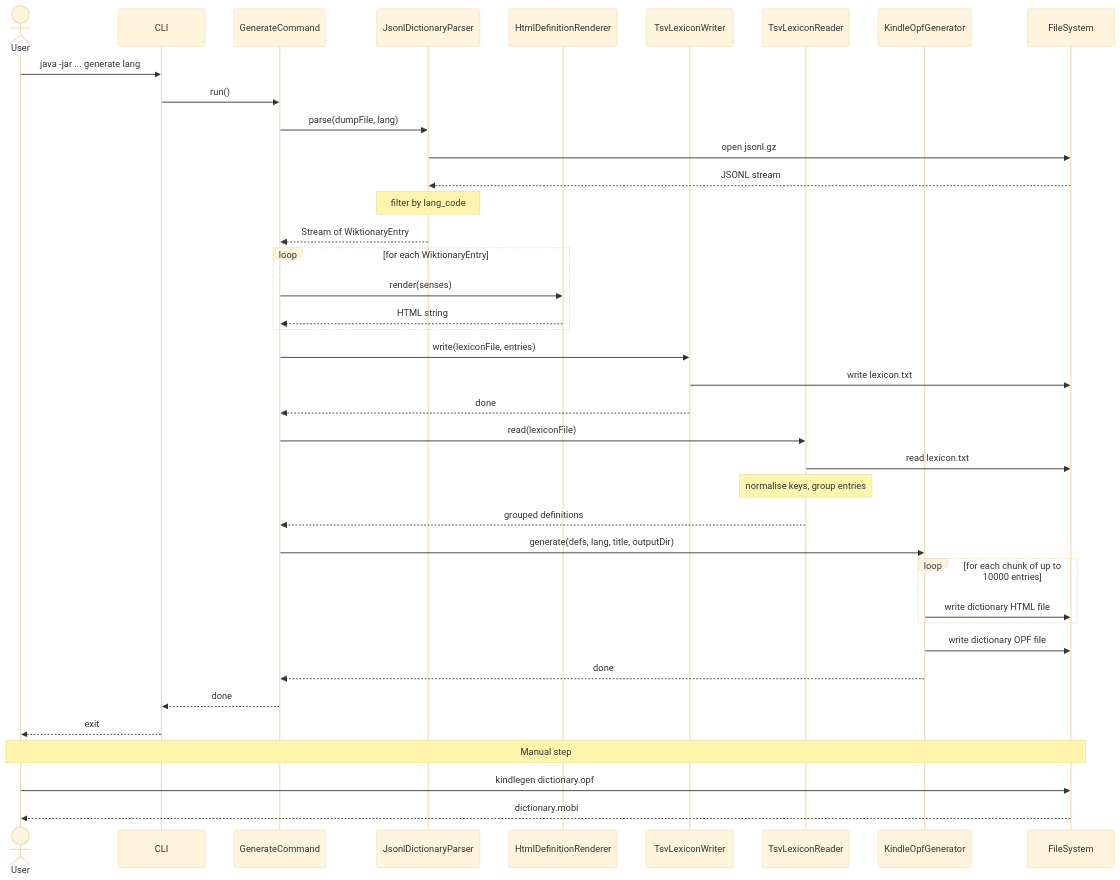
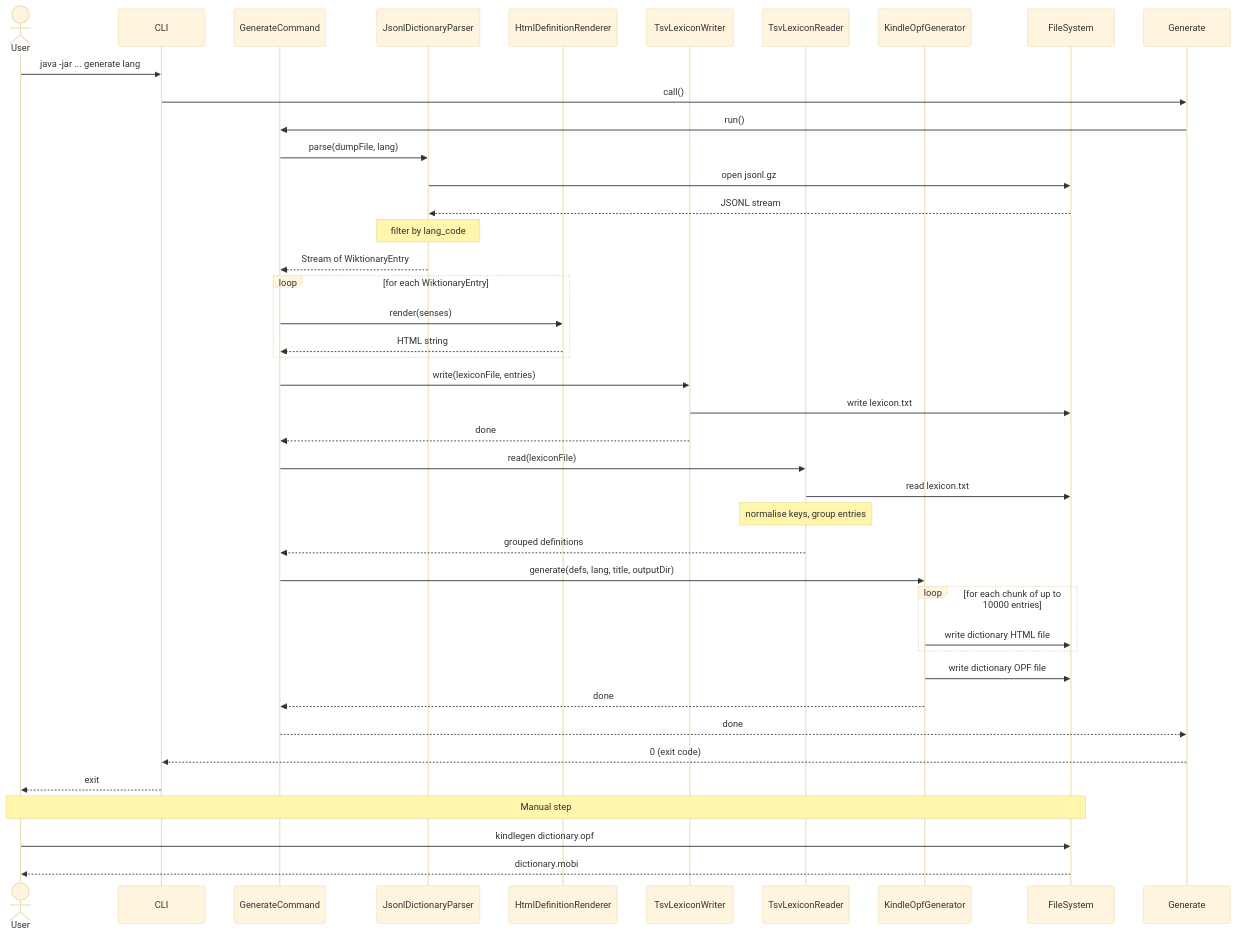
The second of 2 diagrams in docs/program-flow.md (nyg/wiktionary-to-kindle), drawn with Mermaid (base theme) before and after one commit. The commit also changed other lines of this file and 5 other files, not shown here.

````diff
--- a/docs/program-flow.md
+++ b/docs/program-flow.md
@@ -37,50 +39,52 @@
 ```mermaid
 sequenceDiagram
     actor User
     participant CLI
     participant GenerateCommand
     participant JsonlDictionaryParser
     participant HtmlDefinitionRenderer
     participant TsvLexiconWriter
     participant TsvLexiconReader
     participant KindleOpfGenerator
     participant FileSystem
 
     User->>CLI: java -jar ... generate lang
-    CLI->>GenerateCommand: run()
+    CLI->>Generate: call()
+    Generate->>GenerateCommand: run()
 
     GenerateCommand->>JsonlDictionaryParser: parse(dumpFile, lang)
     JsonlDictionaryParser->>FileSystem: open jsonl.gz
     FileSystem-->>JsonlDictionaryParser: JSONL stream
     Note over JsonlDictionaryParser: filter by lang_code
     JsonlDictionaryParser-->>GenerateCommand: Stream of WiktionaryEntry
 
     loop for each WiktionaryEntry
         GenerateCommand->>HtmlDefinitionRenderer: render(senses)
         HtmlDefinitionRenderer-->>GenerateCommand: HTML string
     end
 
     GenerateCommand->>TsvLexiconWriter: write(lexiconFile, entries)
     TsvLexiconWriter->>FileSystem: write lexicon.txt
     TsvLexiconWriter-->>GenerateCommand: done
 
     GenerateCommand->>TsvLexiconReader: read(lexiconFile)
     TsvLexiconReader->>FileSystem: read lexicon.txt
     Note over TsvLexiconReader: normalise keys, group entries
     TsvLexiconReader-->>GenerateCommand: grouped definitions
 
     GenerateCommand->>KindleOpfGenerator: generate(defs, lang, title, outputDir)
 
     loop for each chunk of up to 10000 entries
         KindleOpfGenerator->>FileSystem: write dictionary HTML file
     end
 
     KindleOpfGenerator->>FileSystem: write dictionary OPF file
     KindleOpfGenerator-->>GenerateCommand: done
-    GenerateCommand-->>CLI: done
+    GenerateCommand-->>Generate: done
+    Generate-->>CLI: 0 (exit code)
     CLI-->>User: exit
 
     Note over User,FileSystem: Manual step
     User->>FileSystem: kindlegen dictionary.opf
     FileSystem-->>User: dictionary.mobi
 ```
````
